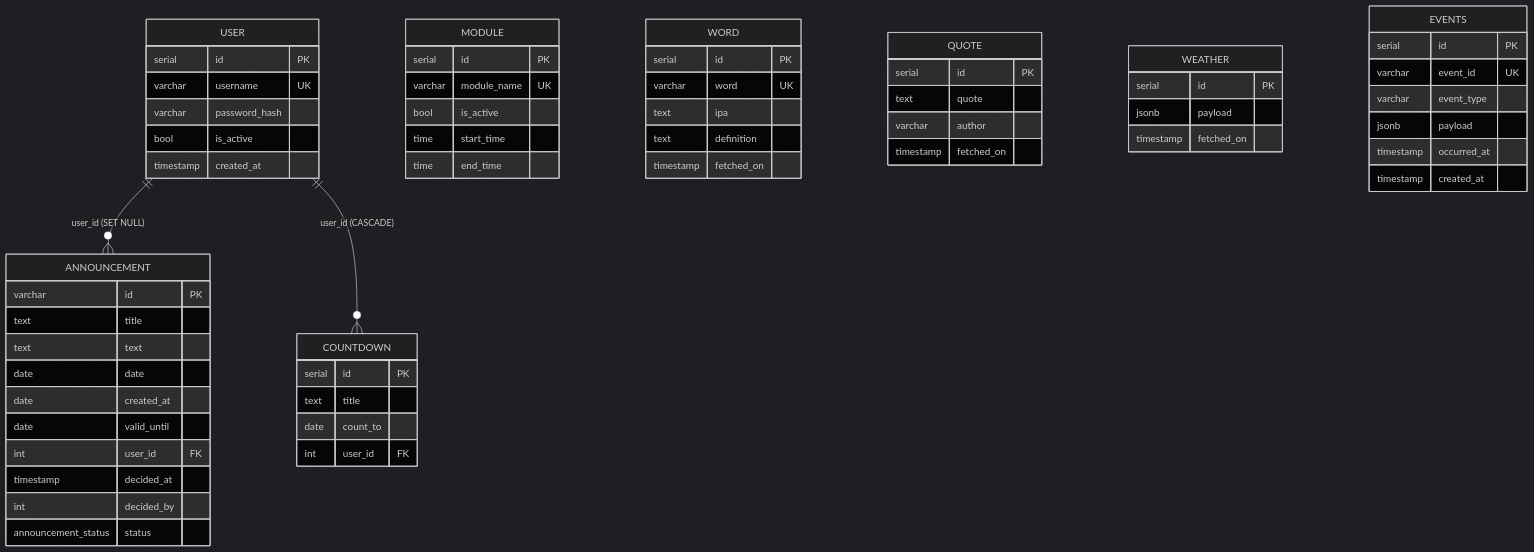
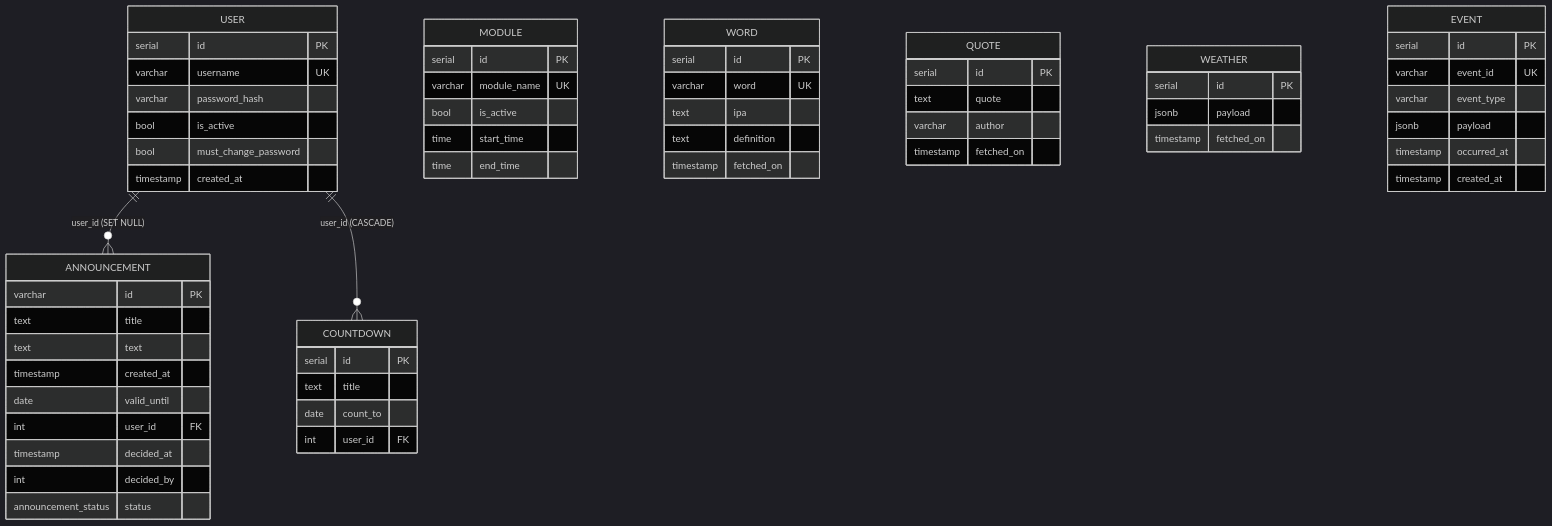
Before and after one commit to SLOths4/DoDomuDojade: the diagram in resources/docs/data-model.md, drawn with Mermaid (dark theme). The commit also changed other lines of this file and 10 other files, not shown here.

````diff
--- a/resources/docs/data-model.md
+++ b/resources/docs/data-model.md
@@ -13,63 +21,63 @@
 ```mermaid
 erDiagram
     USER ||--o{ ANNOUNCEMENT : "user_id (SET NULL)"
     USER ||--o{ COUNTDOWN : "user_id (CASCADE)"
     USER {
         serial id PK
         varchar username UK
         varchar password_hash
         bool is_active
+        bool must_change_password
         timestamp created_at
     }
     ANNOUNCEMENT {
         varchar id PK
         text title
         text text
-        date date
-        date created_at
+        timestamp created_at
         date valid_until
         int user_id FK
         timestamp decided_at
         int decided_by
         announcement_status status
     }
     COUNTDOWN {
         serial id PK
         text title
         date count_to
         int user_id FK
     }
     MODULE {
         serial id PK
         varchar module_name UK
         bool is_active
         time start_time
         time end_time
     }
     WORD {
         serial id PK
         varchar word UK
         text ipa
         text definition
         timestamp fetched_on
     }
     QUOTE {
         serial id PK
         text quote
         varchar author
         timestamp fetched_on
     }
     WEATHER {
         serial id PK
         jsonb payload
         timestamp fetched_on
     }
-    EVENTS {
+    EVENT {
         serial id PK
         varchar event_id UK
         varchar event_type
         jsonb payload
         timestamp occurred_at
         timestamp created_at
     }
 ```
````
